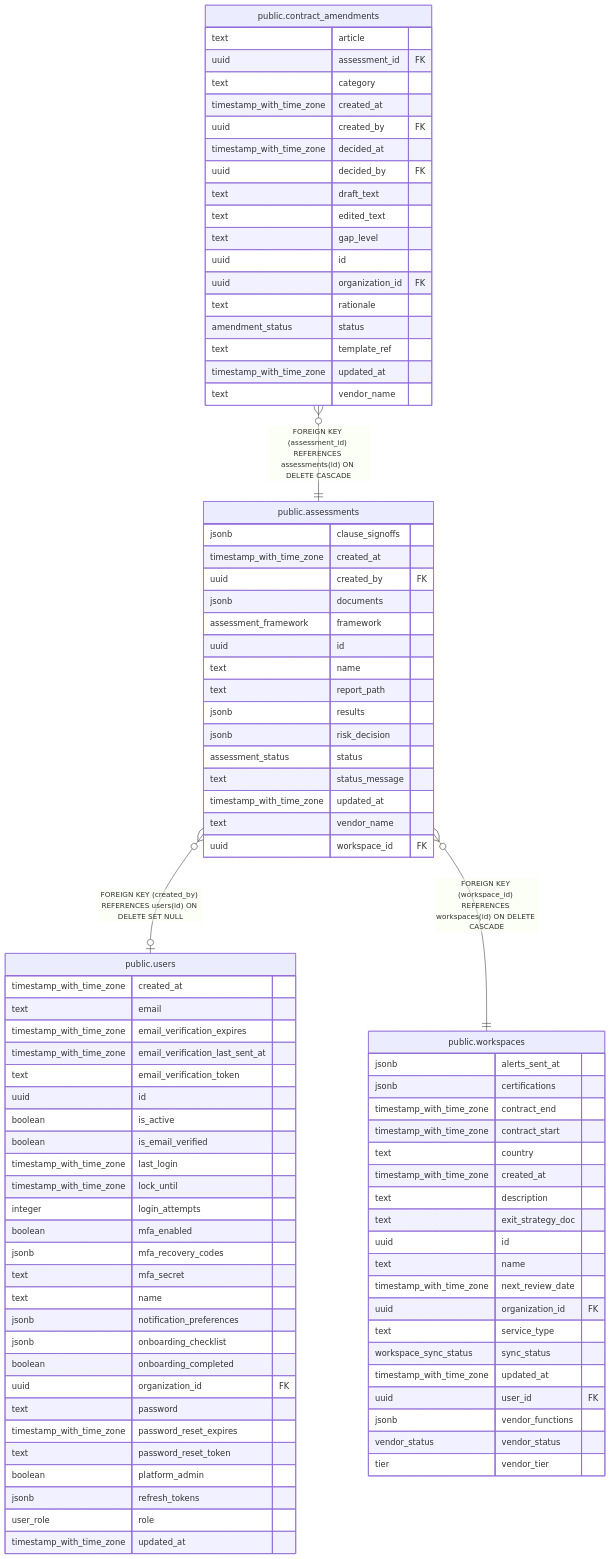
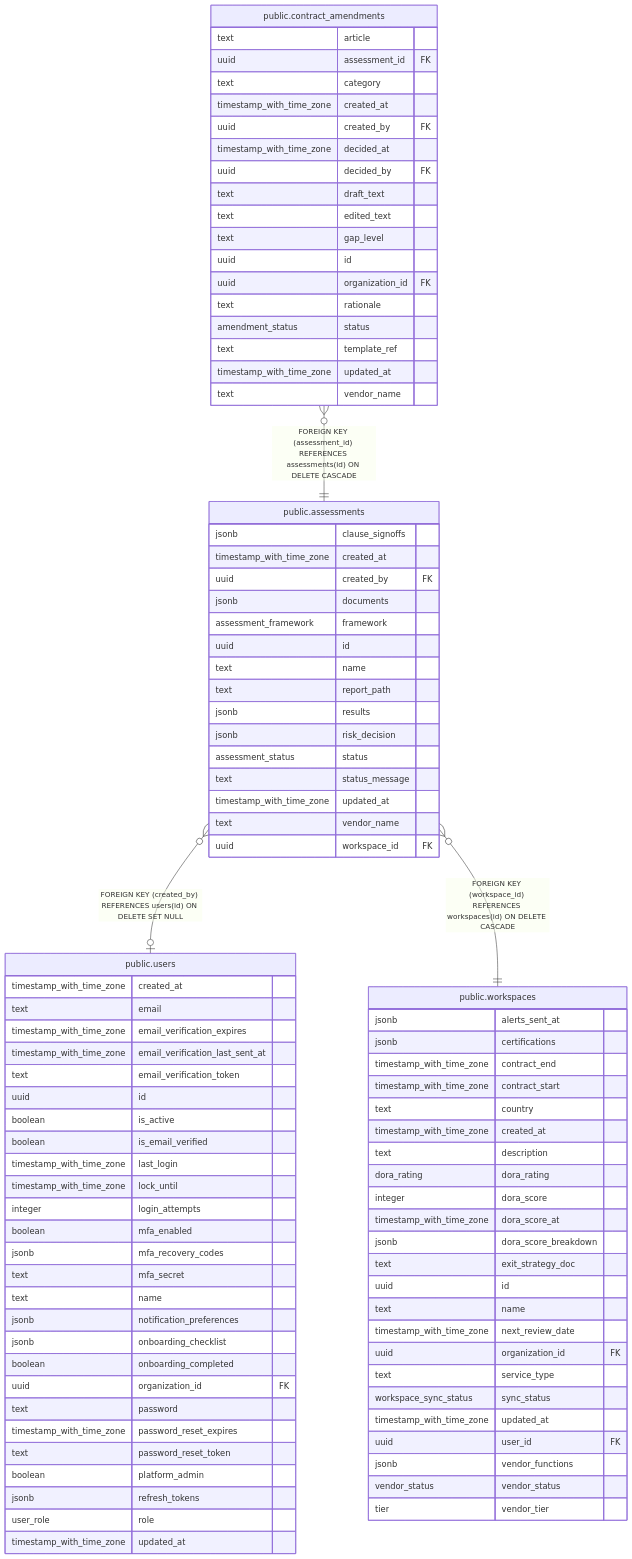
One commit to andrelair-platform/retrieva-backend changed the diagram in docs/data-model/public.assessments.md. Above: the diagram before and after it, drawn with Mermaid. The commit also changed 32 other files, not shown here.

First line of the commit message:
feat(scoring): unified live per-vendor dora risk score engine (claim 3)

```diff
--- a/docs/data-model/public.assessments.md
+++ b/docs/data-model/public.assessments.md
@@ -117,6 +117,10 @@
   text country
   timestamp_with_time_zone created_at
   text description
+  dora_rating dora_rating
+  integer dora_score
+  timestamp_with_time_zone dora_score_at
+  jsonb dora_score_breakdown
   text exit_strategy_doc
   uuid id
   text name
```
